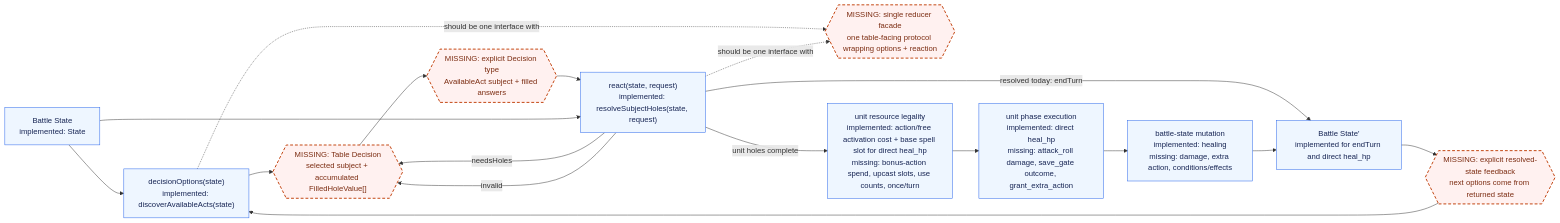
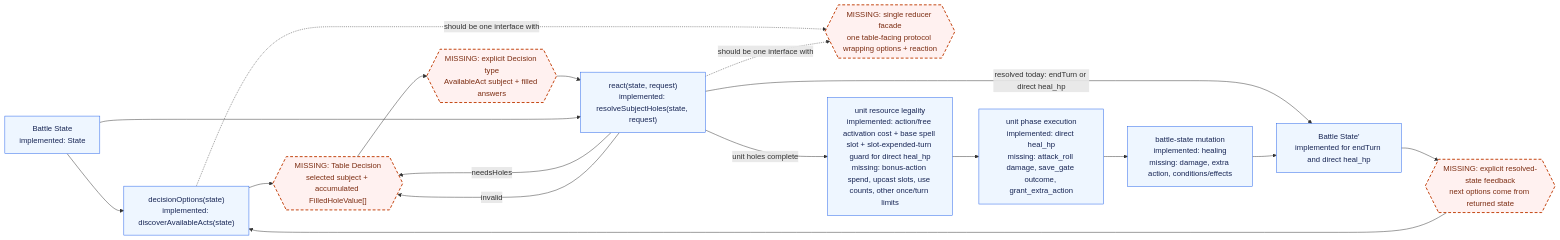
The seventh of 7 diagrams in packages/surface-runtime-correction/ARCHITECTURE_GRAPH.md (dearlordylord/5e-quint), drawn with Mermaid before and after one commit. The commit also changed other lines of this file and 3 other files, not shown here.

Commit message:
Fix unit resource legality protocol

````diff
--- a/packages/surface-runtime-correction/ARCHITECTURE_GRAPH.md
+++ b/packages/surface-runtime-correction/ARCHITECTURE_GRAPH.md
@@ -287,33 +287,33 @@
 ```mermaid
 flowchart LR
   State["Battle State<br/>implemented: State"]
   Options["decisionOptions(state)<br/>implemented: discoverAvailableActs(state)"]
   Resolve["react(state, request)<br/>implemented: resolveSubjectHoles(state, request)"]
   EndTurnState["Battle State'<br/>implemented for endTurn and direct heal_hp"]
 
   TableDecision{{"MISSING: Table Decision<br/>selected subject + accumulated FilledHoleValue[]"}}
   ReducerFacade{{"MISSING: single reducer facade<br/>one table-facing protocol wrapping options + reaction"}}
   StateLoop{{"MISSING: explicit resolved-state feedback<br/>next options come from returned state"}}
   UnitExecution["unit phase execution<br/>implemented: direct heal_hp<br/>missing: attack_roll damage, save_gate outcome, grant_extra_action"]
-  ResourceLegality["unit resource legality<br/>implemented: action/free activation cost + base spell slot for direct heal_hp<br/>missing: bonus-action spend, upcast slots, use counts, once/turn"]
+  ResourceLegality["unit resource legality<br/>implemented: action/free activation cost + base spell slot + slot-expended-turn guard for direct heal_hp<br/>missing: bonus-action spend, upcast slots, use counts, other once/turn limits"]
   ApplyEffects["battle-state mutation<br/>implemented: healing<br/>missing: damage, extra action, conditions/effects"]
   DecisionType{{"MISSING: explicit Decision type<br/>AvailableAct subject + filled answers"}}
 
   State --> Options
   Options --> TableDecision
   TableDecision --> DecisionType --> Resolve
   State --> Resolve
-  Resolve -->|resolved today: endTurn| EndTurnState
+  Resolve -->|resolved today: endTurn or direct heal_hp| EndTurnState
   EndTurnState --> StateLoop --> Options
   Resolve -->|needsHoles| TableDecision
   Resolve -->|invalid| TableDecision
 
   Options -. should be one interface with .-> ReducerFacade
   Resolve -. should be one interface with .-> ReducerFacade
   Resolve -->|unit holes complete| ResourceLegality --> UnitExecution --> ApplyEffects --> EndTurnState
 
   classDef missing fill:#fff1f0,stroke:#c2410c,stroke-width:2px,stroke-dasharray: 6 4,color:#7c2d12;
   classDef implemented fill:#eef6ff,stroke:#2563eb,color:#172554;
   class TableDecision,ReducerFacade,StateLoop,DecisionType missing;
   class State,Options,Resolve,EndTurnState,UnitExecution,ResourceLegality,ApplyEffects implemented;
 ```
````
